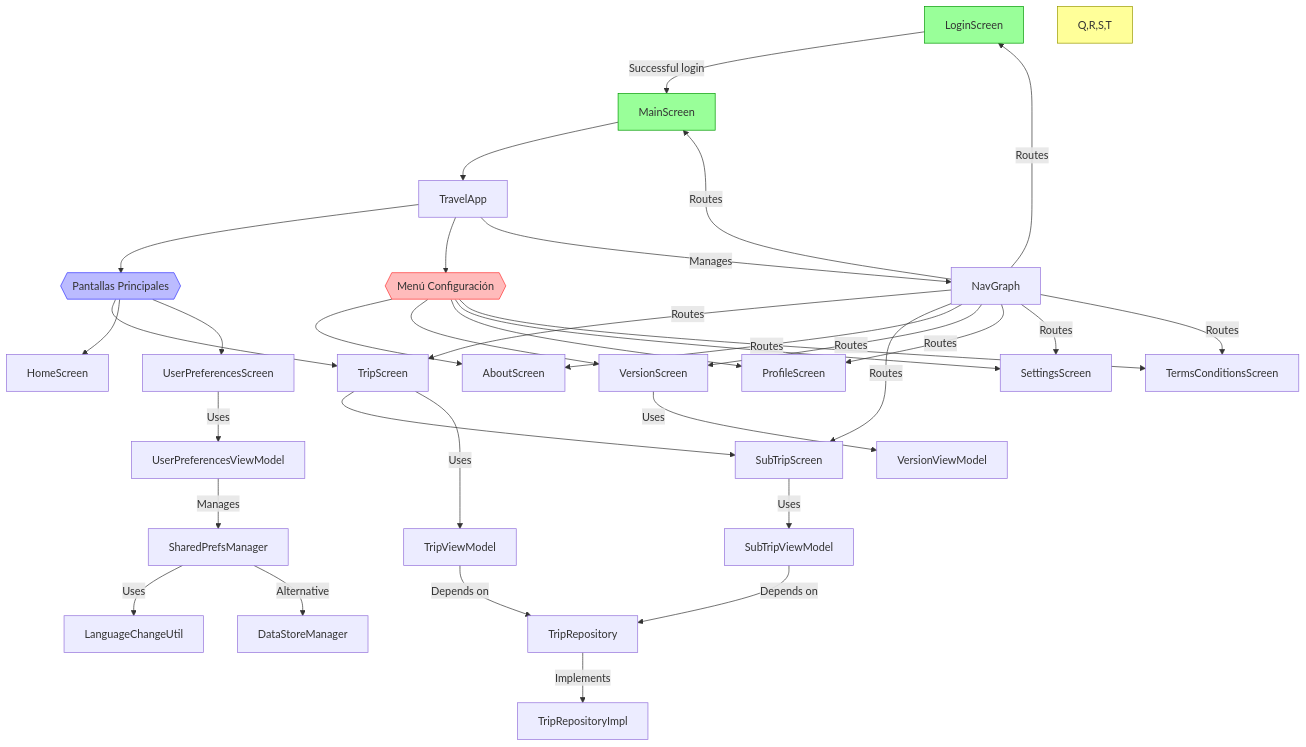
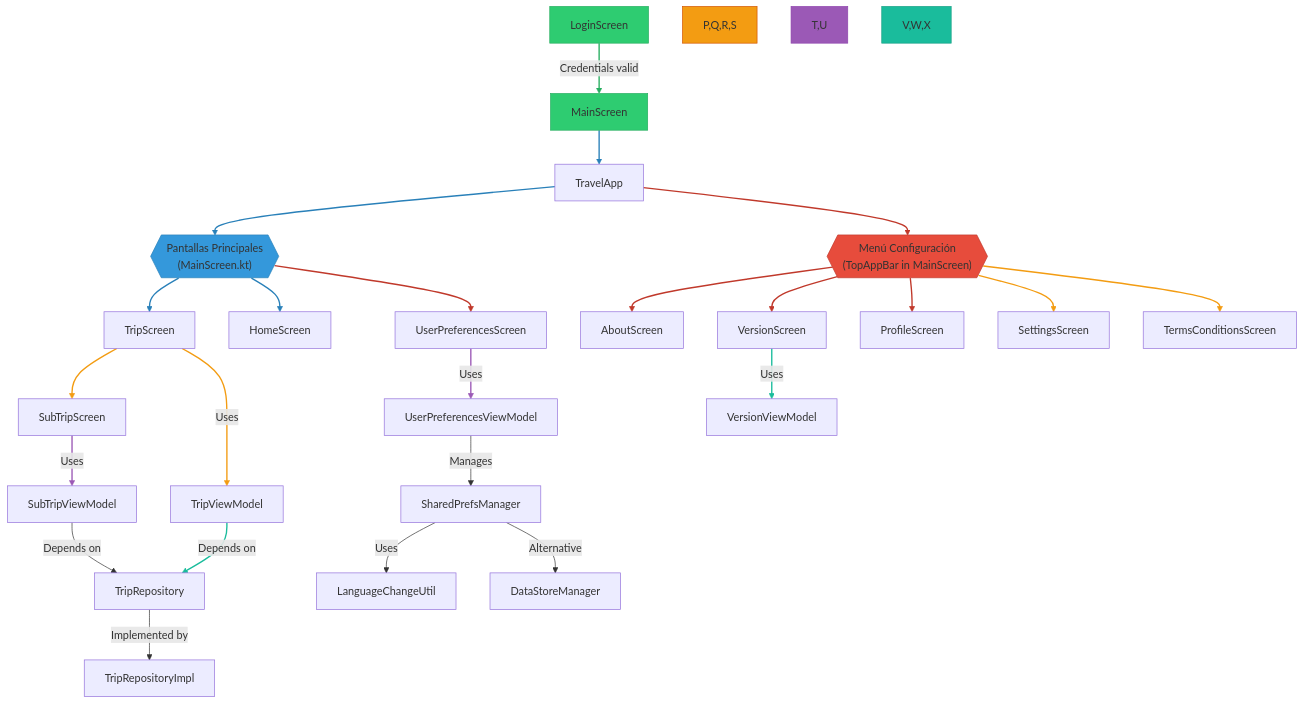
The third of 3 diagrams in documentation/design.md (GEI3-Udl-2025/Travel_World), drawn with Mermaid before and after one commit.

````diff
--- a/documentation/design.md
+++ b/documentation/design.md
@@ -58,47 +58,46 @@
 ```mermaid
 flowchart TD
     %% ===== Main Flow =====
-    A[LoginScreen] -->|Successful login| B[MainScreen]
+    A[LoginScreen] -->|"Credentials valid"| B[MainScreen]
     B --> C[TravelApp]
-    C --> D{{Pantallas Principales}}
+    C --> D{{"Pantallas Principales\n(MainScreen.kt)"}}
     D --> E[TripScreen]
     D --> F[HomeScreen]
     D --> G[UserPreferencesScreen]
-    C --> I{{Menú Configuración}}
+    C --> I{{"Menú Configuración\n(TopAppBar in MainScreen)"}}
     I --> J[AboutScreen]
     I --> K[VersionScreen]
     I --> L[ProfileScreen]
     I --> M[SettingsScreen]
     I --> N[TermsConditionsScreen]
     E --> O[SubTripScreen]
 
-    %% ===== Component Relationships =====
-    C -->|Manages| P[NavGraph]
-    P -->|Routes| A
-    P -->|Routes| B
-    P -->|Routes| E
-    P -->|Routes| O
-    P -->|Routes| J
-    P -->|Routes| K
-    P -->|Routes| L
-    P -->|Routes| M
-    P -->|Routes| N
-
-    %% ===== Data Flow =====
-    E -->|Uses| Q[TripViewModel]
-    O -->|Uses| R[SubTripViewModel]
-    G -->|Uses| S[UserPreferencesViewModel]
-    K -->|Uses| T[VersionViewModel]
-    Q & R -->|Depends on| U[TripRepository]
-    U -->|Implements| V[TripRepositoryImpl]
-    S -->|Manages| W[SharedPrefsManager]
-    W -->|Uses| X[LanguageChangeUtil]
-    W -->|Alternative| Y[DataStoreManager]
+    %% ===== Data Connections =====
+    E -->|"Uses"| P[TripViewModel]
+    O -->|"Uses"| Q[SubTripViewModel]
+    G -->|"Uses"| R[UserPreferencesViewModel]
+    K -->|"Uses"| S[VersionViewModel]
+    
+    P & Q -->|"Depends on"| T[TripRepository]
+    T -->|"Implemented by"| U[TripRepositoryImpl]
+    R -->|"Manages"| V[SharedPrefsManager]
+    V -->|"Uses"| W[LanguageChangeUtil]
+    V -->|"Alternative"| X[DataStoreManager]
 
     %% ===== Style =====
-    style A fill:#9f9,stroke:#090
-    style B fill:#9f9,stroke:#090
-    style D fill:#bbf,stroke:#33f
-    style I fill:#fbb,stroke:#f33
-    style Q,R,S,T fill:#ff9,stroke:#990
+    style A fill:#2ecc71,stroke:#27ae60
+    style B fill:#2ecc71,stroke:#27ae60
+    style D fill:#3498db,stroke:#2980b9
+    style I fill:#e74c3c,stroke:#c0392b
+    style P,Q,R,S fill:#f39c12,stroke:#d35400
+    style T,U fill:#9b59b6,stroke:#8e44ad
+    style V,W,X fill:#1abc9c,stroke:#16a085
+
+    %% ===== Legend =====
+    linkStyle 0 stroke:#27ae60,stroke-width:2px
+    linkStyle 1,2,3,4 stroke:#2980b9,stroke-width:2px
+    linkStyle 5,6,7,8,9 stroke:#c0392b,stroke-width:2px
+    linkStyle 10,11,12,13 stroke:#f39c12,stroke-width:2px
+    linkStyle 14,15 stroke:#9b59b6,stroke-width:2px
+    linkStyle 16,17 stroke:#1abc9c,stroke-width:2px
 ```
````
